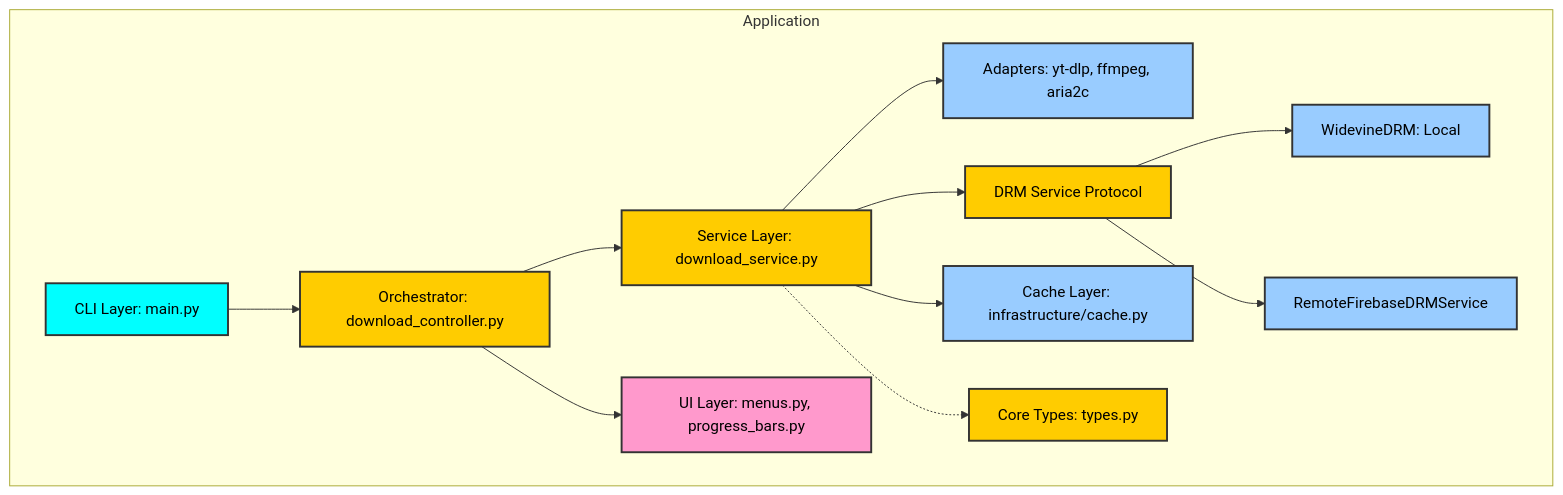
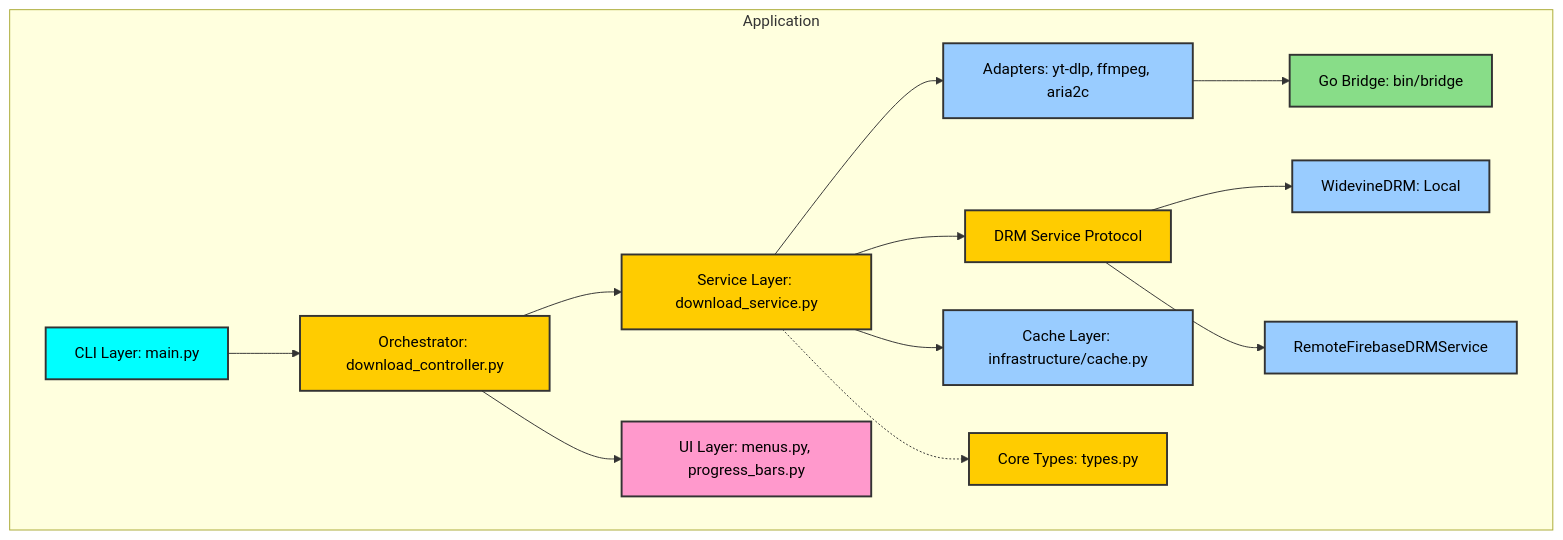
The diagram in docs/structure.mmd (FJ-cyberzilla/Vid-Dl), drawn with Mermaid before and after one commit. The commit also changed 1 other file, not shown here.

Commit message:
Update project documentation for Go bridge integration

```diff
--- a/docs/structure.mmd
+++ b/docs/structure.mmd
@@ -1,29 +1,32 @@
 graph TD
     %% Define Styles
     classDef cli fill:#00ffff,stroke:#333,stroke-width:2px,color:#000;
     classDef core fill:#ffcc00,stroke:#333,stroke-width:2px,color:#000;
     classDef inf fill:#99ccff,stroke:#333,stroke-width:2px,color:#000;
     classDef ui fill:#ff99cc,stroke:#333,stroke-width:2px,color:#000;
+    classDef go fill:#88dd88,stroke:#333,stroke-width:2px,color:#000;
 
     subgraph "Application"
         CLI[CLI Layer: main.py]:::cli
         ORCH[Orchestrator: download_controller.py]:::core
         SVC[Service Layer: download_service.py]:::core
         TYPES[Core Types: types.py]:::core
         ADPT[Adapters: yt-dlp, ffmpeg, aria2c]:::inf
+        GO[Go Bridge: bin/bridge]:::go
         DRM[DRM Service Protocol]:::core
         LOCAL[WidevineDRM: Local]:::inf
         REMOTE[RemoteFirebaseDRMService]:::inf
         CACHE[Cache Layer: infrastructure/cache.py]:::inf
         UI[UI Layer: menus.py, progress_bars.py]:::ui
     end
 
     CLI --> ORCH
     ORCH --> SVC
     SVC --> ADPT
+    ADPT --> GO
     SVC --> DRM
     DRM --> LOCAL
     DRM --> REMOTE
     SVC --> CACHE
     ORCH --> UI
     SVC -.-> TYPES
```
